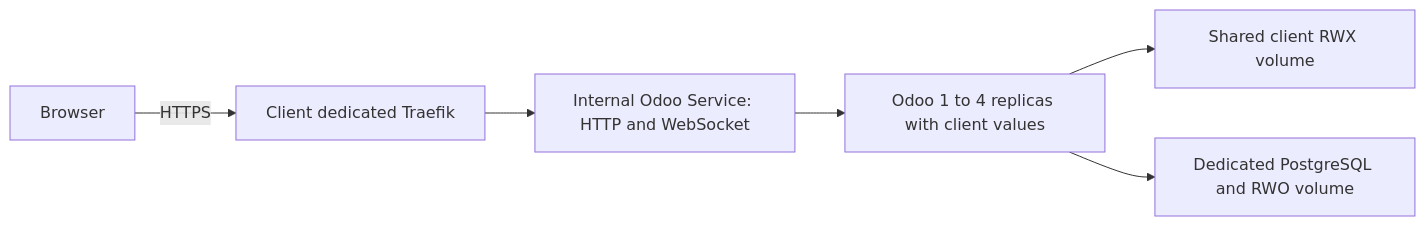
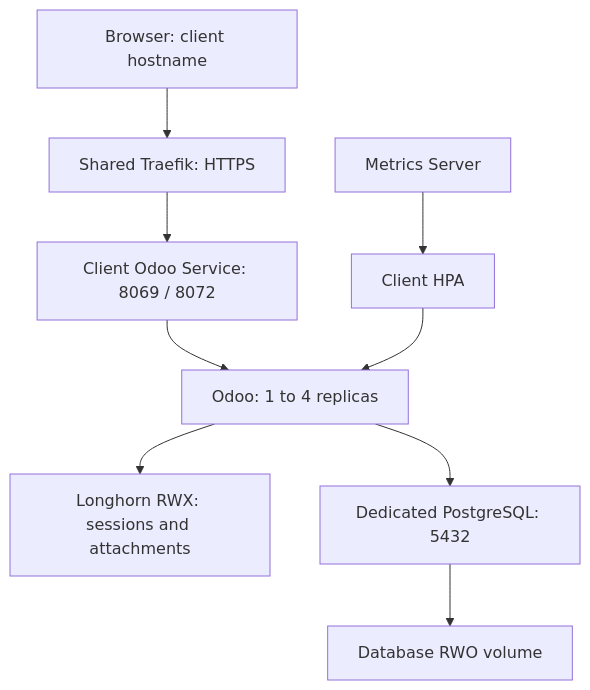
One commit to Blascker/SRE-CASE changed the first of 2 diagrams in DESIGN.md. Above: the diagram before and after it, drawn with Mermaid. The commit also changed other lines of this file and 4 other files, not shown here.

````diff
--- a/DESIGN.md
+++ b/DESIGN.md
@@ -56,8 +9,11 @@
 ```mermaid
-flowchart LR
-    Browser["Browser"] -->|"HTTPS"| Traefik["Client dedicated Traefik"]
-    Traefik --> Service["Internal Odoo Service: HTTP and WebSocket"]
-    Service --> Odoo["Odoo 1 to 4 replicas with client values"]
-    Odoo --> Data["Shared client RWX volume"]
-    Odoo --> PG["Dedicated PostgreSQL and RWO volume"]
+flowchart TB
+    Browser["Browser: client hostname"] --> Proxy["Shared Traefik: HTTPS"]
+    Proxy --> Service["Client Odoo Service: 8069 / 8072"]
+    Service --> Pods["Odoo: 1 to 4 replicas"]
+    Pods --> RWX["Longhorn RWX: sessions and attachments"]
+    Pods --> DB["Dedicated PostgreSQL: 5432"]
+    DB --> RWO["Database RWO volume"]
+    Metrics["Metrics Server"] --> HPA["Client HPA"]
+    HPA --> Pods
 ```
````
